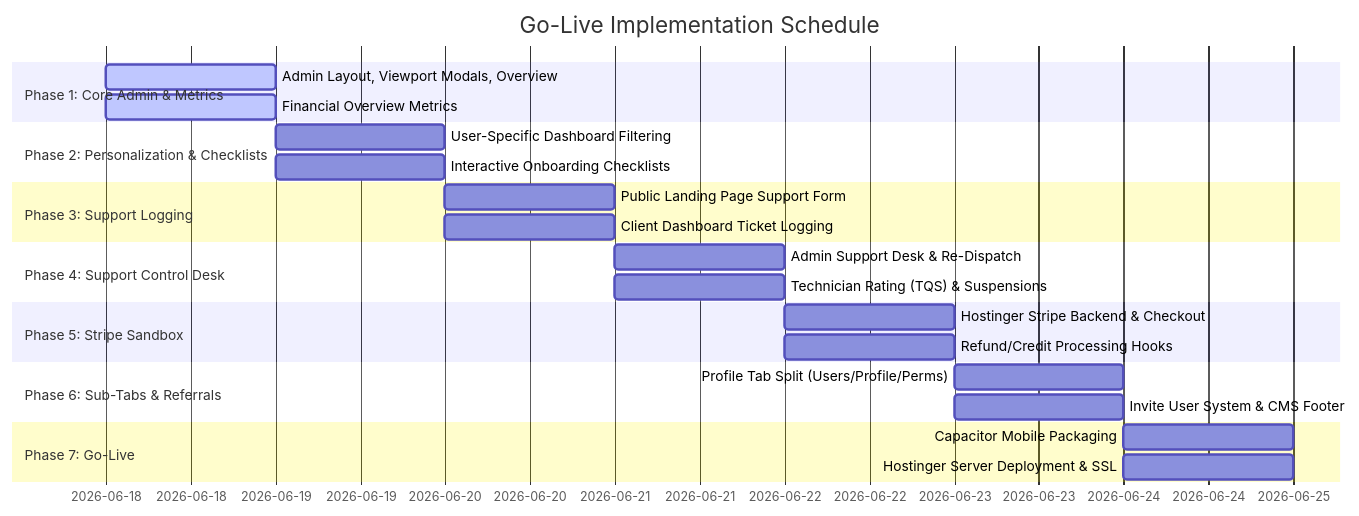
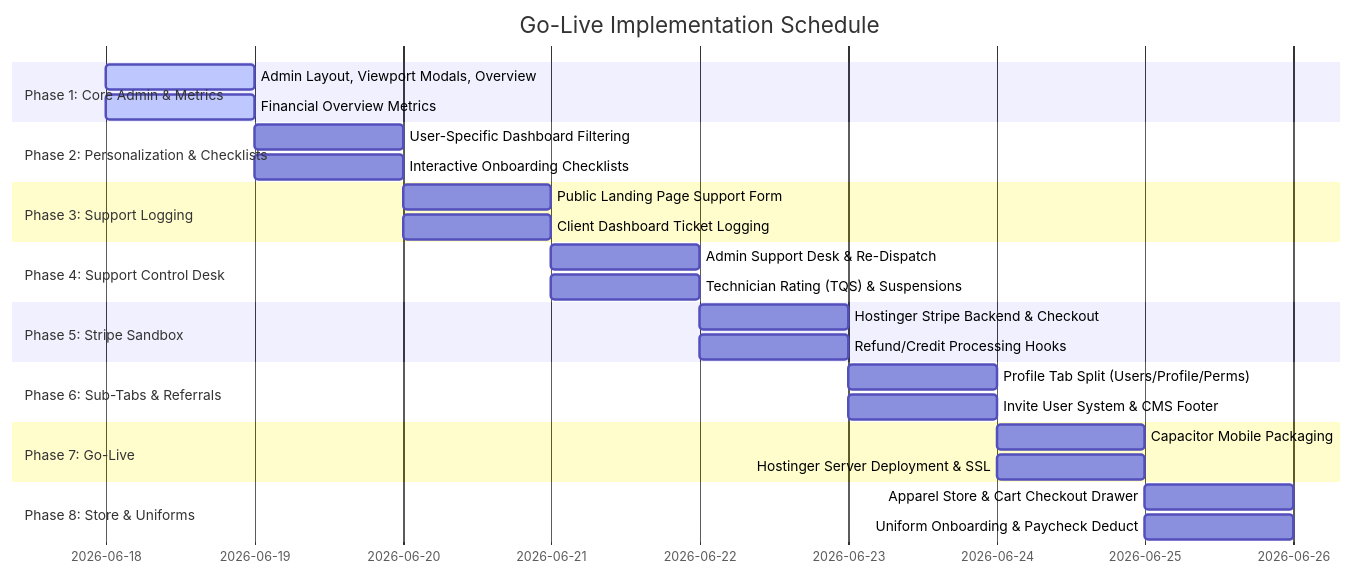
The diagram in go_live_plan.md (tunnel-vision-web/atltvmountpro), drawn with Mermaid before and after one commit. The commit also changed other lines of this file and 7 other files, not shown here.

Commit message:
Implement best of breed e-commerce store page, cart drawer checkout, uniform ordering checkouts, and Store Manager backend panel

````diff
--- a/go_live_plan.md
+++ b/go_live_plan.md
@@ -12,26 +12,29 @@
-```mermaid
-gantt
-     title Go-Live Implementation Schedule
-     dateFormat  YYYY-MM-DD
-     section Phase 1: Core Admin & Metrics
-     Admin Layout, Viewport Modals, Overview  :active, day1, 2026-06-18, 1d
-     Financial Overview Metrics               :active, day1, 2026-06-18, 1d
-     section Phase 2: Personalization & Checklists
-     User-Specific Dashboard Filtering        :day2, 2026-06-19, 1d
-     Interactive Onboarding Checklists        :day2, 2026-06-19, 1d
-     section Phase 3: Support Logging
-     Public Landing Page Support Form         :day3, 2026-06-20, 1d
-     Client Dashboard Ticket Logging          :day3, 2026-06-20, 1d
-     section Phase 4: Support Control Desk
-     Admin Support Desk & Re-Dispatch         :day4, 2026-06-21, 1d
-     Technician Rating (TQS) & Suspensions    :day4, 2026-06-21, 1d
-     section Phase 5: Stripe Sandbox
-     Hostinger Stripe Backend & Checkout      :day5, 2026-06-22, 1d
-     Refund/Credit Processing Hooks           :day5, 2026-06-22, 1d
-     section Phase 6: Sub-Tabs & Referrals
-     Profile Tab Split (Users/Profile/Perms)  :day6, 2026-06-23, 1d
-     Invite User System & CMS Footer          :day6, 2026-06-23, 1d
-     section Phase 7: Go-Live
-     Capacitor Mobile Packaging               :day7, 2026-06-24, 1d
-     Hostinger Server Deployment & SSL        :day7, 2026-06-24, 1d
-```
+ ```mermaid
+ gantt
+      title Go-Live Implementation Schedule
+      dateFormat  YYYY-MM-DD
+      section Phase 1: Core Admin & Metrics
+      Admin Layout, Viewport Modals, Overview  :active, day1, 2026-06-18, 1d
+      Financial Overview Metrics               :active, day1, 2026-06-18, 1d
+      section Phase 2: Personalization & Checklists
+      User-Specific Dashboard Filtering        :day2, 2026-06-19, 1d
+      Interactive Onboarding Checklists        :day2, 2026-06-19, 1d
+      section Phase 3: Support Logging
+      Public Landing Page Support Form         :day3, 2026-06-20, 1d
+      Client Dashboard Ticket Logging          :day3, 2026-06-20, 1d
+      section Phase 4: Support Control Desk
+      Admin Support Desk & Re-Dispatch         :day4, 2026-06-21, 1d
+      Technician Rating (TQS) & Suspensions    :day4, 2026-06-21, 1d
+      section Phase 5: Stripe Sandbox
+      Hostinger Stripe Backend & Checkout      :day5, 2026-06-22, 1d
+      Refund/Credit Processing Hooks           :day5, 2026-06-22, 1d
+      section Phase 6: Sub-Tabs & Referrals
+      Profile Tab Split (Users/Profile/Perms)  :day6, 2026-06-23, 1d
+      Invite User System & CMS Footer          :day6, 2026-06-23, 1d
+      section Phase 7: Go-Live
+      Capacitor Mobile Packaging               :day7, 2026-06-24, 1d
+      Hostinger Server Deployment & SSL        :day7, 2026-06-24, 1d
+      section Phase 8: Store & Uniforms
+      Apparel Store & Cart Checkout Drawer     :day8, 2026-06-25, 1d
+      Uniform Onboarding & Paycheck Deduct     :day8, 2026-06-25, 1d
+ ```
````
